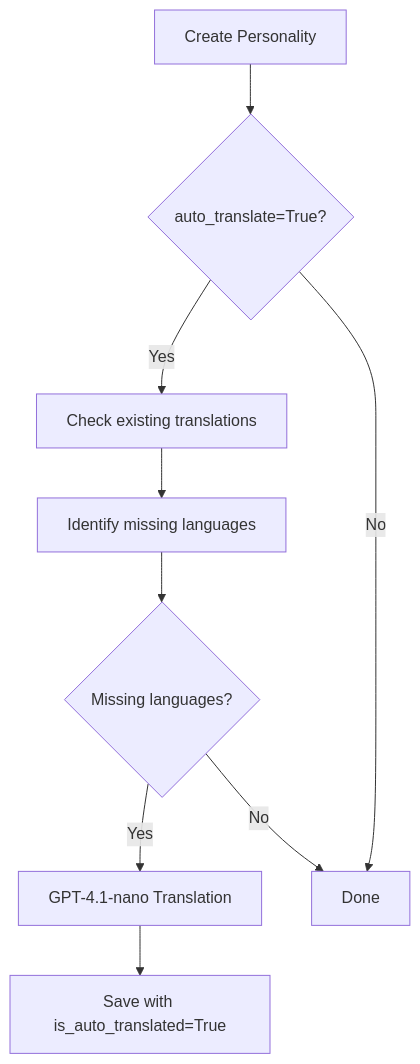
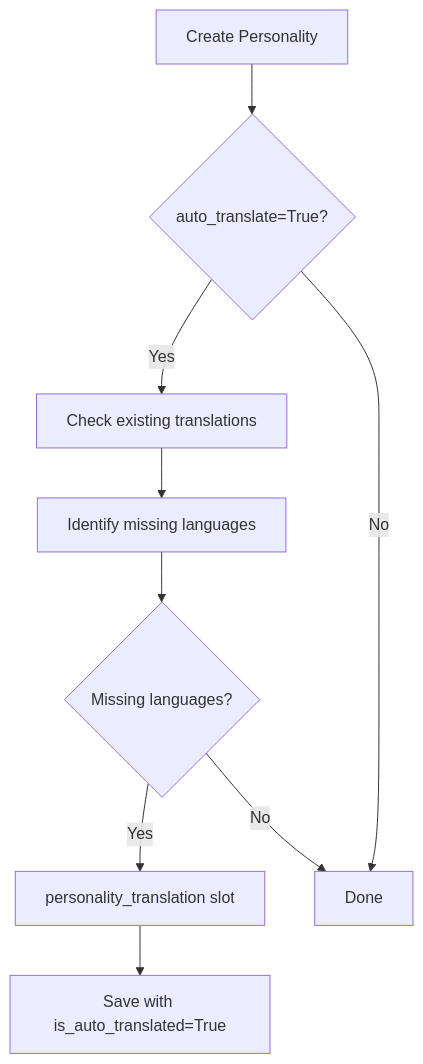
One commit to jgouviergmail/LIA-Assistant changed the second of 2 diagrams in docs/technical/PERSONALITIES.md. Above: the diagram before and after it, drawn with Mermaid. The commit also changed other lines of this file and 1512 other files, not shown here.

````diff
--- a/docs/technical/PERSONALITIES.md
+++ b/docs/technical/PERSONALITIES.md
@@ -330,11 +303,11 @@
 ```mermaid
 graph TD
     A[Create Personality] --> B{auto_translate=True?}
     B -->|Yes| C[Check existing translations]
     C --> D[Identify missing languages]
     D --> E{Missing languages?}
-    E -->|Yes| F[GPT-4.1-nano Translation]
+    E -->|Yes| F[personality_translation slot]
     F --> G[Save with is_auto_translated=True]
     E -->|No| H[Done]
     B -->|No| H
 ```
````
